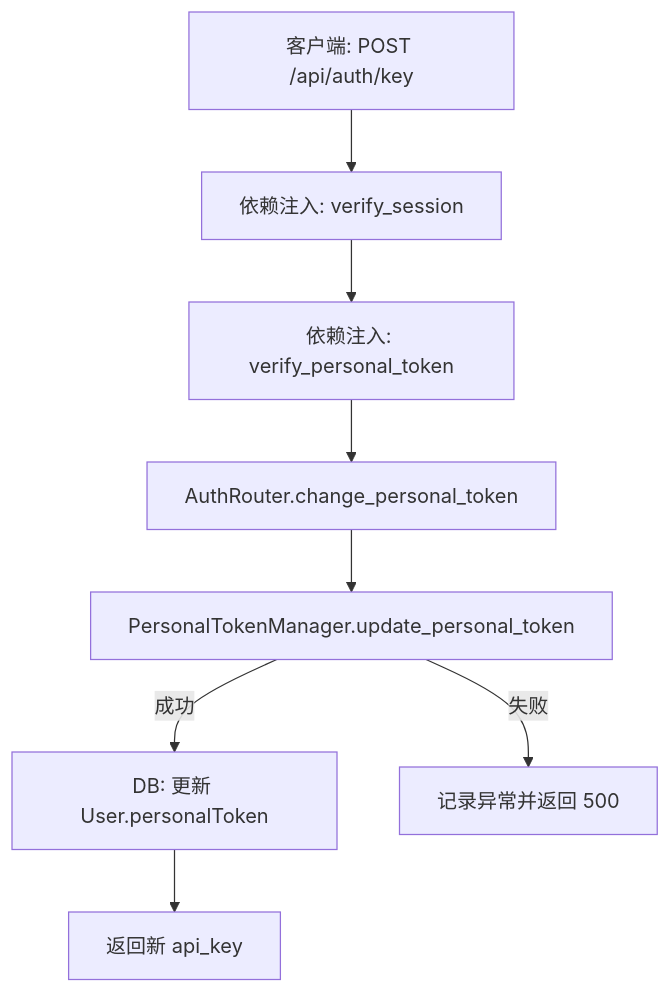
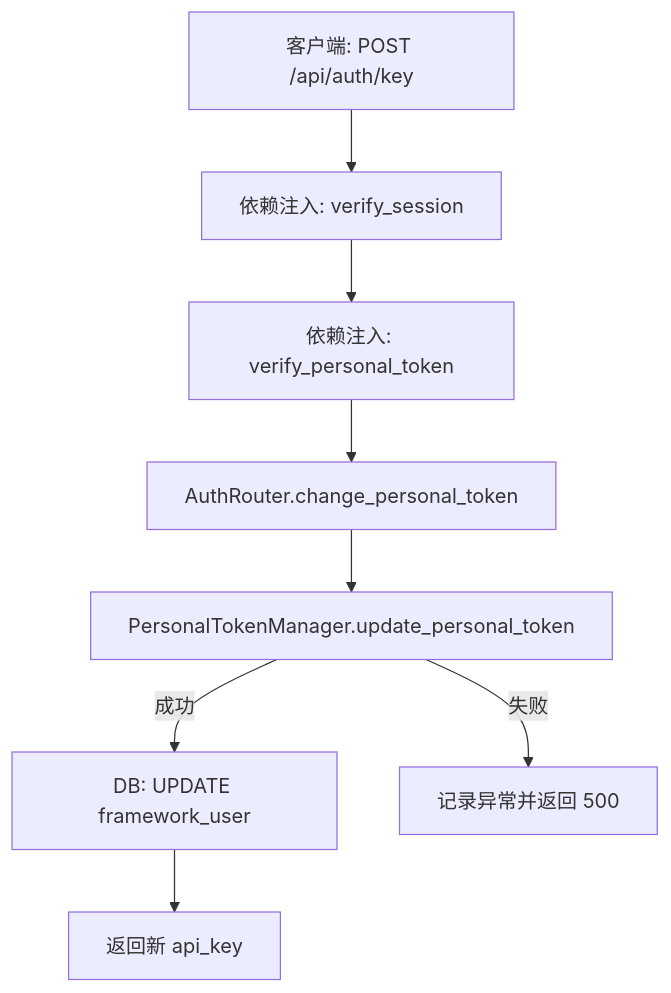
Before and after one commit to HongyuS/euler-copilot-framework: the first of 2 diagrams in design/services/personal_token.md, drawn with Mermaid. The commit also changed other lines of this file and 7 other files, not shown here.

````diff
--- a/design/services/personal_token.md
+++ b/design/services/personal_token.md
@@ -21,10 +19,10 @@
 ```mermaid
 flowchart TD
     A[客户端: POST /api/auth/key] --> B[依赖注入: verify_session]
     B --> C[依赖注入: verify_personal_token]
     C --> D[AuthRouter.change_personal_token]
-    D --> E[PersonalTokenManager.update_personal_token]
-    E -->|成功| F[DB: 更新 User.personalToken]
-    F --> G[返回新 api_key]
-    E -->|失败| H[记录异常并返回 500]
+  D --> E[PersonalTokenManager.update_personal_token]
+  E -->|成功| F[DB: UPDATE framework_user]
+  F --> G[返回新 api_key]
+  E -->|失败| H[记录异常并返回 500]
 ```
````
